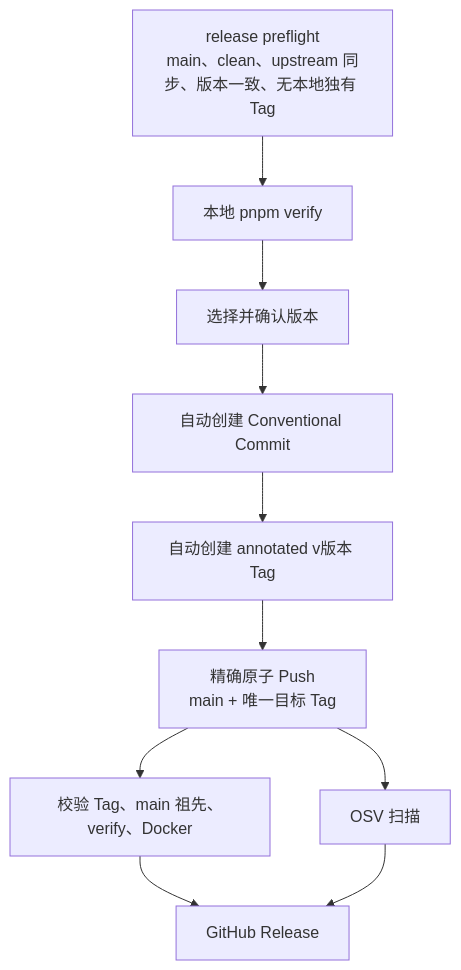
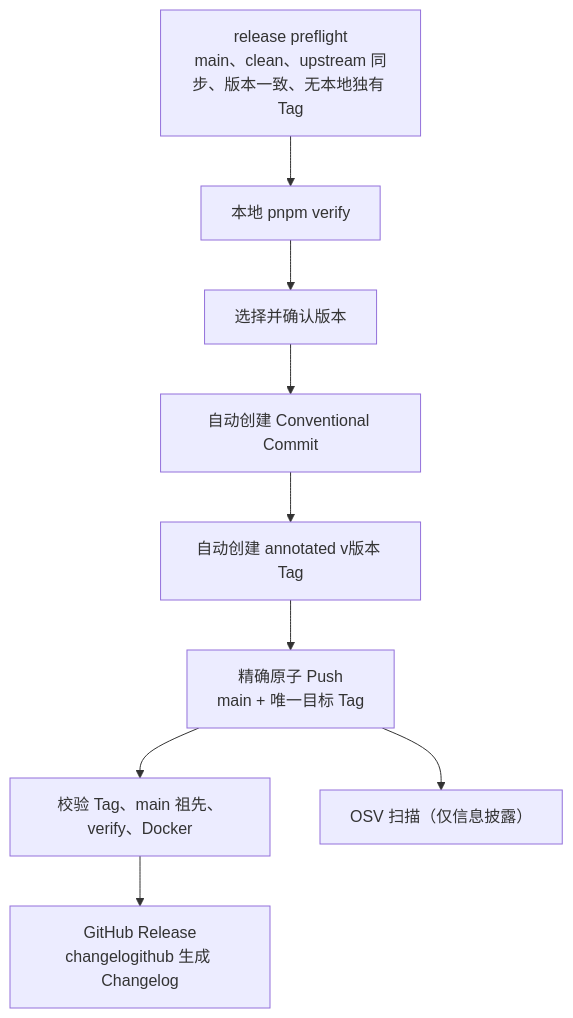
One commit to busyhe/tanstack-starter changed the fifth of 5 diagrams in docs/architecture-hardening.md. Above: the diagram before and after it, drawn with Mermaid. The commit also changed other lines of this file and 1 other file, not shown here.

Commit message:
ci(release): restore changelogithub notes and add manual dispatch
- Generate GitHub Release notes with pinned changelogithub (conventional
  commits based) instead of --generate-notes, which only lists merged PRs
  and produced empty changelogs for direct-to-main commits
- Make the OSV scan informational on release runs instead of a hard gate,
  so an unrelated upstream CVE cannot block a tagged release
- Add workflow_dispatch with a tag input to re-publish a release when a
  previous run failed (e.g. the missing v1.0.0 release)

````diff
--- a/docs/architecture-hardening.md
+++ b/docs/architecture-hardening.md
@@ -491,18 +492,17 @@
 ```mermaid
 flowchart TD
   Preflight["release preflight<br/>main、clean、upstream 同步、版本一致、无本地独有 Tag"]
   VerifyLocal["本地 pnpm verify"]
   Confirm["选择并确认版本"]
   Commit["自动创建 Conventional Commit"]
   Tag["自动创建 annotated v版本 Tag"]
   Push["精确原子 Push<br/>main + 唯一目标 Tag"]
   Verify["校验 Tag、main 祖先、verify、Docker"]
-  OSV["OSV 扫描"]
-  Release["GitHub Release"]
+  OSV["OSV 扫描（仅信息披露）"]
+  Release["GitHub Release<br/>changelogithub 生成 Changelog"]
 
   Preflight --> VerifyLocal --> Confirm --> Commit --> Tag --> Push
   Push --> Verify
   Push --> OSV
   Verify --> Release
-  OSV --> Release
 ```
````
